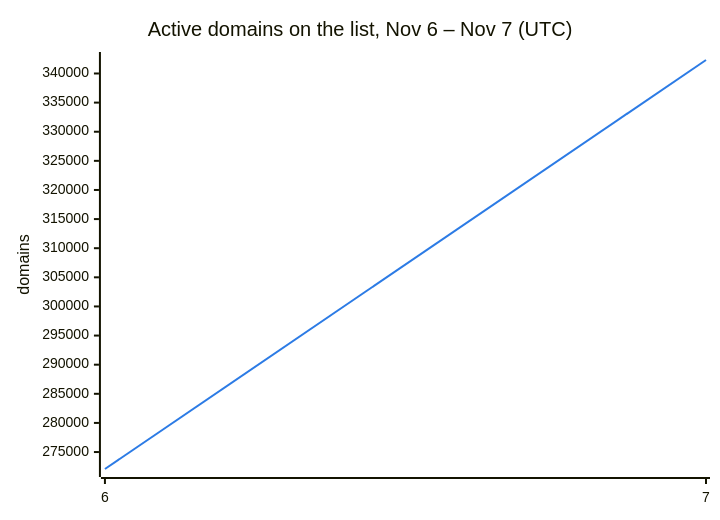
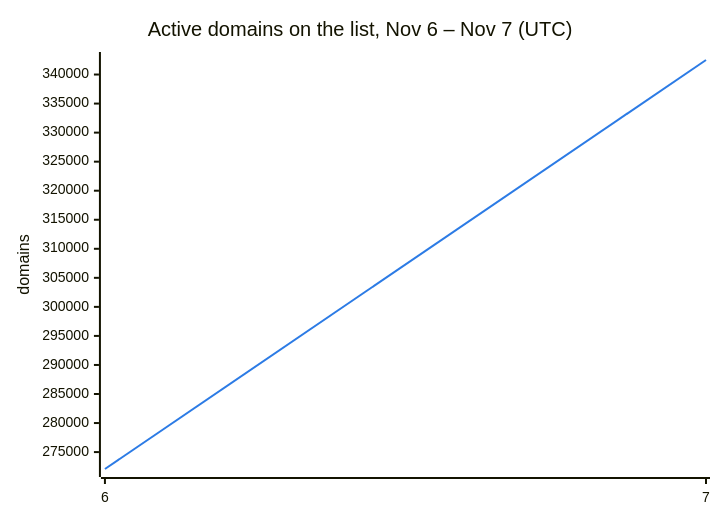
The second of 3 diagrams in README.md (DNSBunker/CTI), drawn with Mermaid before and after one commit. The commit also changed other lines of this file and 3 other files, not shown here.

````diff
--- a/README.md
+++ b/README.md
@@ -38,8 +38,8 @@
 ```mermaid
 %%{init: {"themeVariables": {"xyChart": {"plotColorPalette": "#2c7be5"}}}}%%
 xychart-beta
     title "Active domains on the list, Nov 6 – Nov 7 (UTC)"
     x-axis ["6", "7"]
     y-axis "domains"
-    line [272088, 342316]
+    line [272088, 342502]
 ```
````
